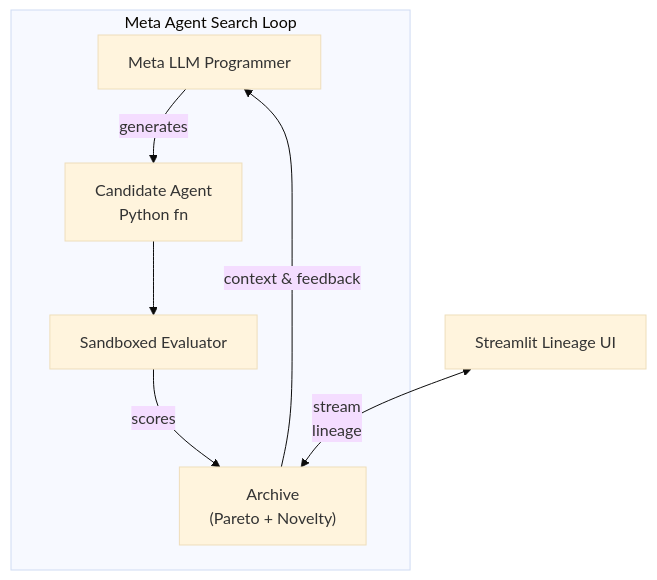
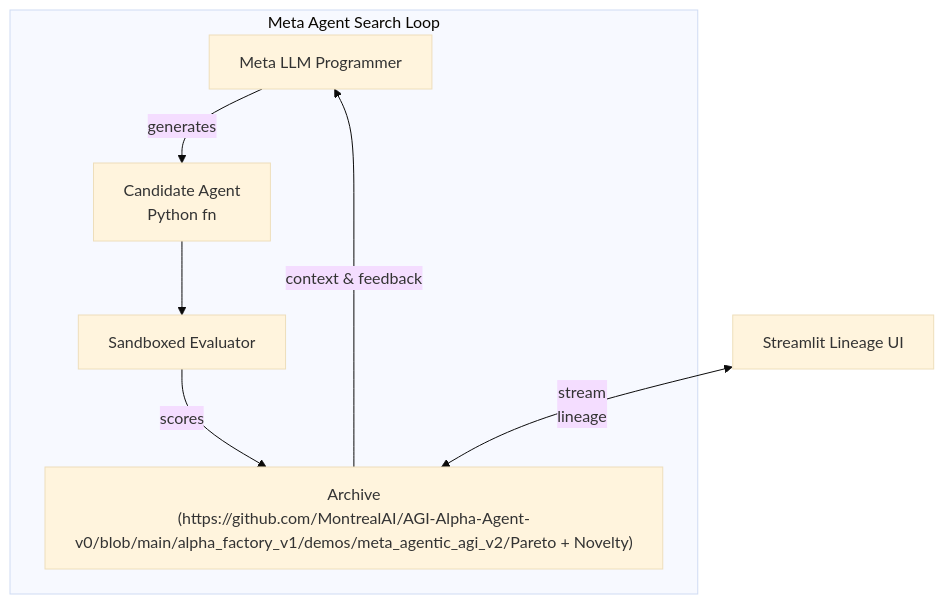
One commit to MontrealAI/AGI-Alpha-Agent-v0 changed the second of 3 diagrams in docs/demos/meta_agentic_agi_v2.md. Above: the diagram before and after it, drawn with Mermaid (base theme). The commit also changed other lines of this file and 22 other files, not shown here.

````diff
--- a/docs/demos/meta_agentic_agi_v2.md
+++ b/docs/demos/meta_agentic_agi_v2.md
@@ -169,15 +170,15 @@
 ```mermaid
 graph TD
   subgraph "Meta Agent Search Loop"
     MGPT["Meta LLM Programmer"]
     Candidate["Candidate Agent<br/>Python fn"]
     Evaluator["Sandboxed Evaluator"]
-    Archive["Archive<br/>(Pareto + Novelty)"]
+    Archive["Archive<br/>(https://github.com/MontrealAI/AGI-Alpha-Agent-v0/blob/main/alpha_factory_v1/demos/meta_agentic_agi_v2/Pareto + Novelty)"]
     MGPT -->|generates| Candidate
     Candidate --> Evaluator
     Evaluator -->|scores| Archive
     Archive -->|context & feedback| MGPT
   end
   UI["Streamlit Lineage UI"] <-->|stream
 lineage| Archive
 ```
````
